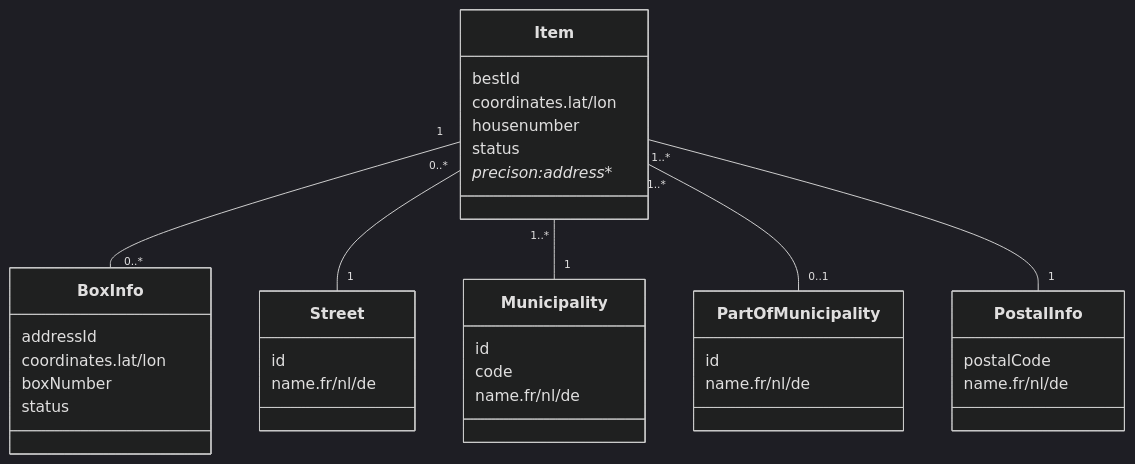
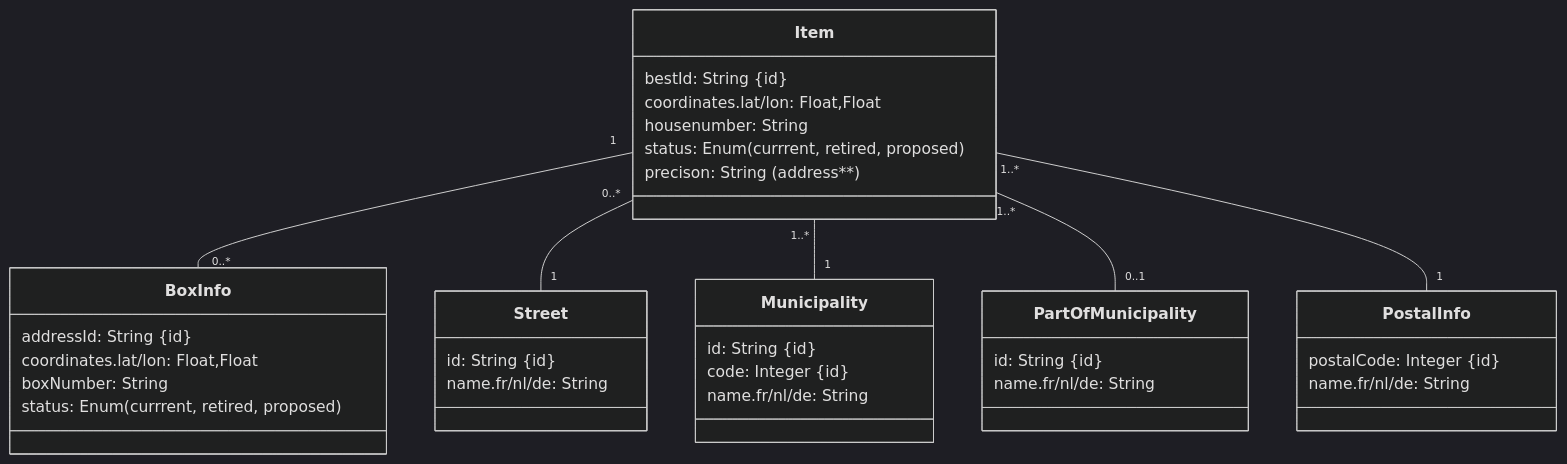
The third of 10 diagrams in README.md (SmalsResearch/bePelias), drawn with Mermaid (dark theme) before and after one commit. The commit also changed other lines of this file and 3 other files, not shown here.

````diff
--- a/README.md
+++ b/README.md
@@ -374,38 +385,38 @@
 ```mermaid 
 classDiagram
 class Item {
-    bestId
-    coordinates.lat/lon
-    housenumber
-    status
-    precison:address**
+    bestId: String #123;id#125;
+    coordinates.lat/lon: Float,Float
+    housenumber: String
+    status: Enum#40;currrent, retired, proposed#41;
+    precison: String #40;address**#41;
 }
 class BoxInfo {
-    addressId
-    coordinates.lat/lon
-    boxNumber
-    status
+    addressId: String #123;id#125;
+    coordinates.lat/lon: Float,Float
+    boxNumber: String
+    status: Enum#40;currrent, retired, proposed#41;
 }
 class Street{
-    id
-    name.fr/nl/de
+    id: String #123;id#125;
+    name.fr/nl/de: String
 }
 class Municipality {
-    id
-    code
-    name.fr/nl/de
+    id: String #123;id#125;
+    code: Integer #123;id#125;
+    name.fr/nl/de: String
 }
 class PostalInfo {
-    postalCode
-    name.fr/nl/de
+    postalCode: Integer #123;id#125;
+    name.fr/nl/de: String
 }
 class PartOfMunicipality{
-    id
-    name.fr/nl/de
+    id: String #123;id#125;
+    name.fr/nl/de: String
 }
 Item "1" -- "0..*" BoxInfo
 Item "0..*" -- "1" Street
 Item "1..*" -- "1" Municipality
 Item "1..*" -- "0..1" PartOfMunicipality
 Item "1..*" -- "1" PostalInfo
 ```
````
